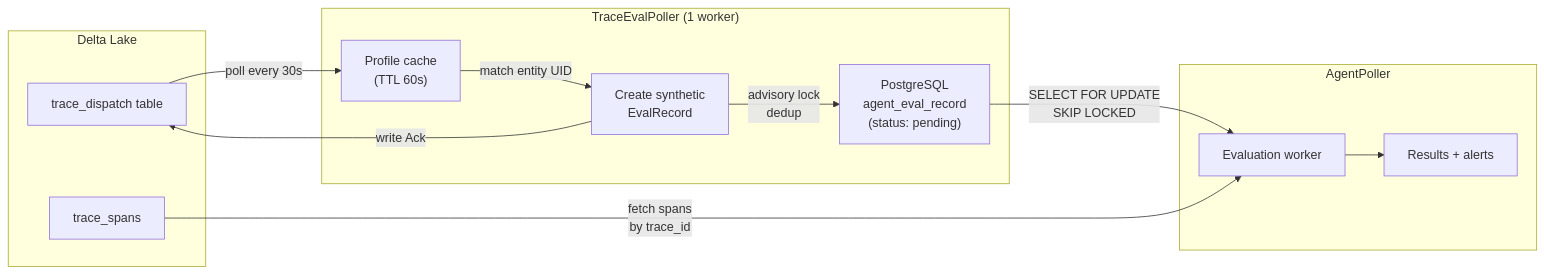
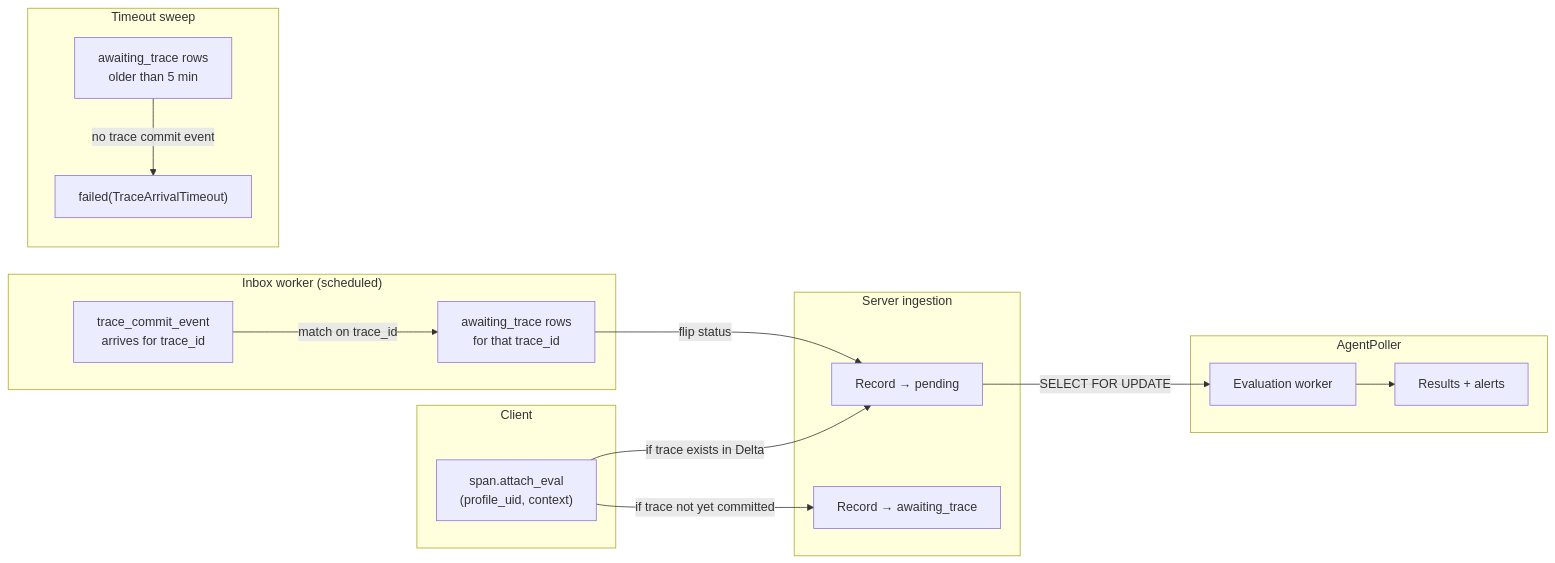
Before and after one commit to demml/scouter: the fourth of 4 diagrams in docs/src/content/docs/evaluation-platform/observability-and-traces.mdx, drawn with Mermaid. The commit also changed other lines of this file and 11 other files, not shown here.

````diff
--- a/docs/src/content/docs/evaluation-platform/observability-and-traces.mdx
+++ b/docs/src/content/docs/evaluation-platform/observability-and-traces.mdx
@@ -303,20 +302,28 @@
 ```mermaid
 graph LR
-    subgraph "Delta Lake"
-        TS["trace_spans"]
-        TD["trace_dispatch table"]
+    subgraph "Client"
+        S["span.attach_eval<br/>(profile_uid, context)"]
     end
 
-    subgraph "TraceEvalPoller (1 worker)"
-        TD -->|"poll every 30s"| PC["Profile cache<br/>(TTL 60s)"]
-        PC -->|"match entity UID"| SR["Create synthetic<br/>EvalRecord"]
-        SR -->|"advisory lock<br/>dedup"| PG["PostgreSQL<br/>agent_eval_record<br/>(status: pending)"]
-        SR -->|"write Ack"| TD
+    subgraph "Server ingestion"
+        S -->|"if trace exists in Delta"| P["Record → pending"]
+        S -->|"if trace not yet committed"| A["Record → awaiting_trace"]
+    end
+
+    subgraph "Inbox worker (scheduled)"
+        TCE["trace_commit_event<br/>arrives for trace_id"]
+        AT["awaiting_trace rows<br/>for that trace_id"]
+        TCE -->|"match on trace_id"| AT
+        AT -->|"flip status"| P
+    end
+
+    subgraph "Timeout sweep"
+        TM["awaiting_trace rows<br/>older than 5 min"]
+        TM -->|"no trace commit event"| F["failed(TraceArrivalTimeout)"]
     end
 
     subgraph "AgentPoller"
-        PG -->|"SELECT FOR UPDATE<br/>SKIP LOCKED"| AP["Evaluation worker"]
-        TS -->|"fetch spans<br/>by trace_id"| AP
+        P -->|"SELECT FOR UPDATE"| AP["Evaluation worker"]
         AP --> RS["Results + alerts"]
     end
 ```
````
